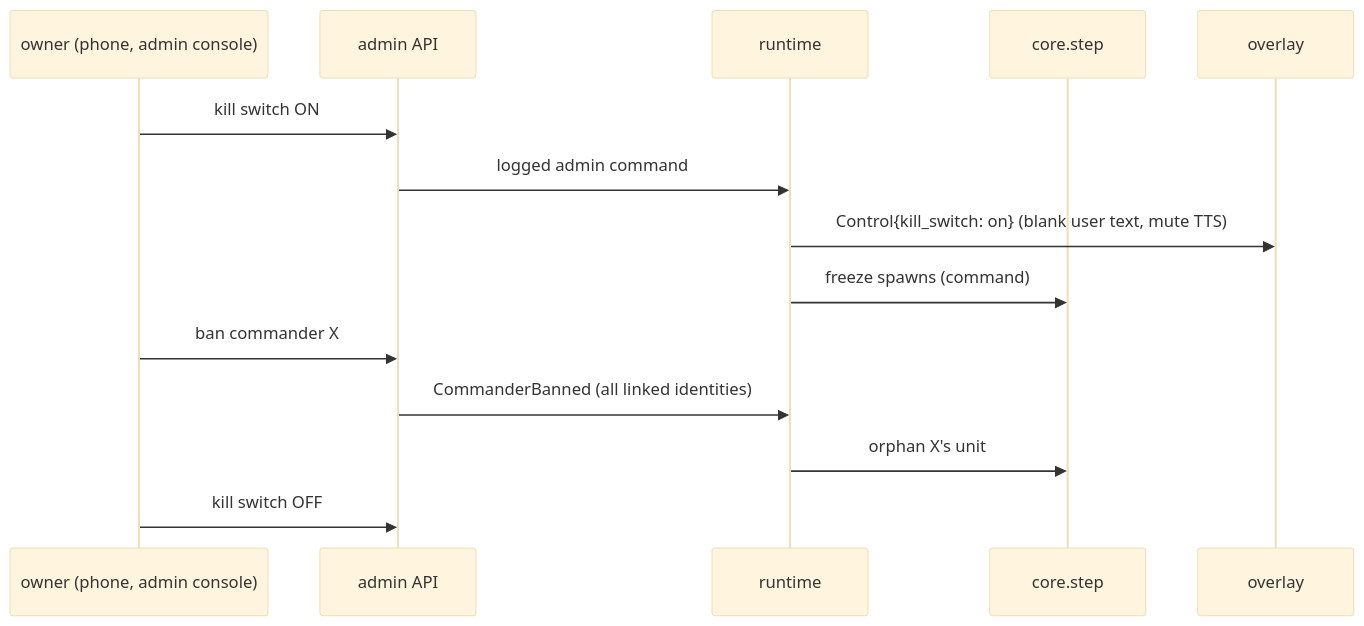
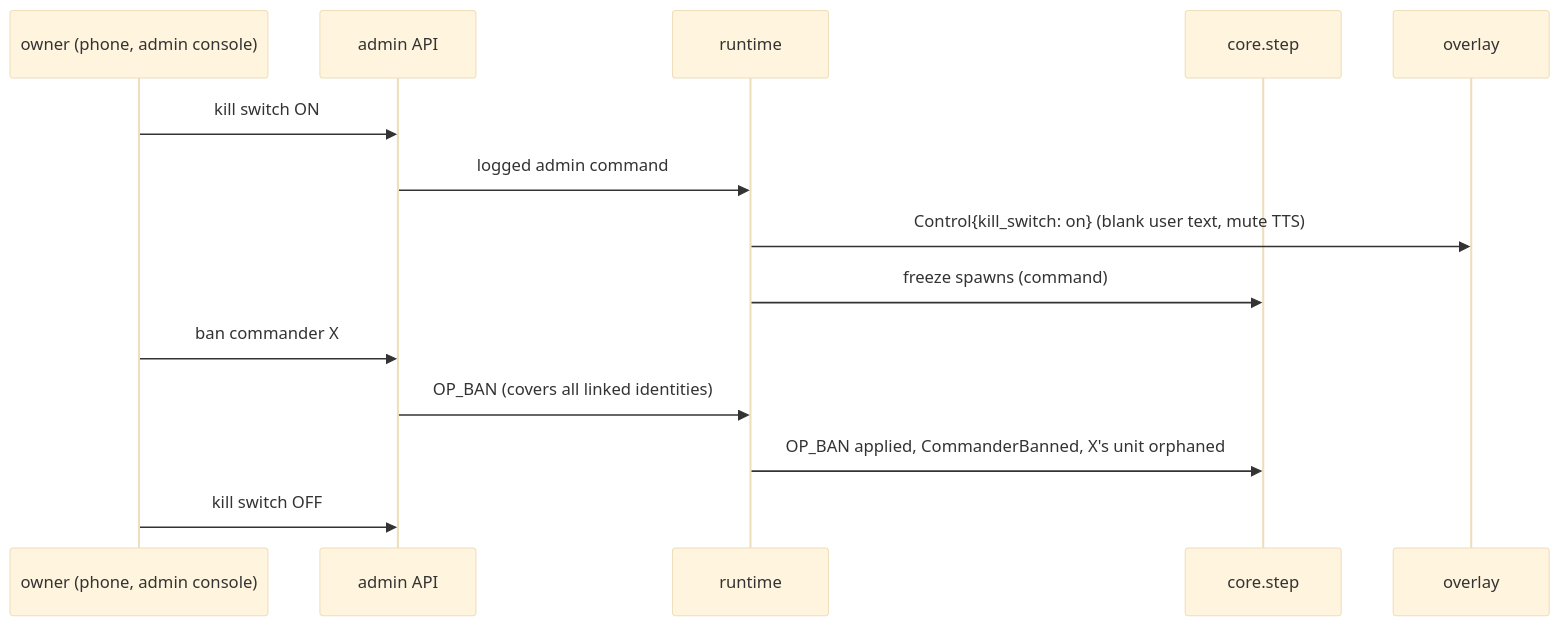
Diagram 18 of 20 in docs/specs/STATE-MACHINES-AND-FLOWS.md (canthony224/operation-nexus), drawn with Mermaid (base theme) before and after one commit. The commit also changed other lines of this file and 9 other files, not shown here.

````diff
--- a/docs/specs/STATE-MACHINES-AND-FLOWS.md
+++ b/docs/specs/STATE-MACHINES-AND-FLOWS.md
@@ -492,16 +501,16 @@
 ```mermaid
 sequenceDiagram
     participant OP as owner (phone, admin console)
     participant AD as admin API
     participant RT as runtime
     participant K as core.step
     participant O as overlay
     OP->>AD: kill switch ON
     AD->>RT: logged admin command
     RT->>O: Control{kill_switch: on} (blank user text, mute TTS)
     RT->>K: freeze spawns (command)
     OP->>AD: ban commander X
-    AD->>RT: CommanderBanned (all linked identities)
-    RT->>K: orphan X's unit
+    AD->>RT: OP_BAN (covers all linked identities)
+    RT->>K: OP_BAN applied, CommanderBanned, X's unit orphaned
     OP->>AD: kill switch OFF
 ```
````
